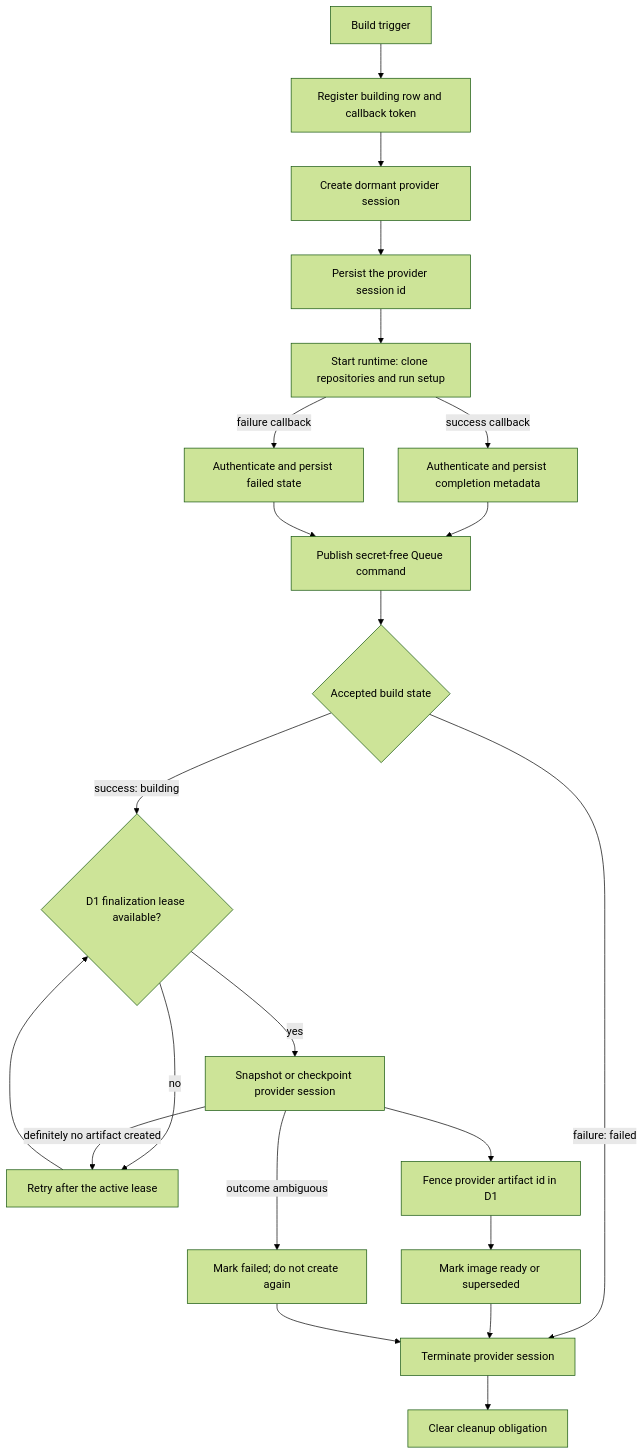
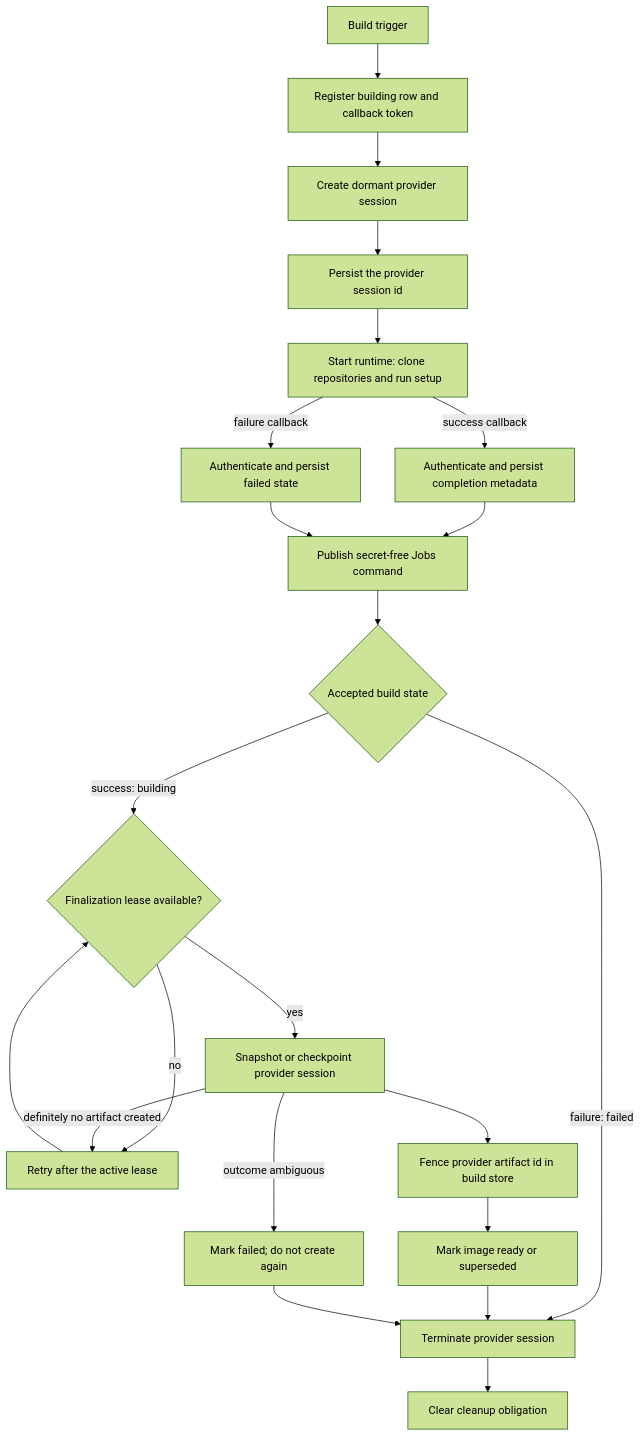
Before and after one commit to ColeMurray/background-agents: the diagram in docs/IMAGE_PREBUILD.md, drawn with Mermaid (forest theme). The commit also changed other lines of this file and 5 other files, not shown here.

````diff
--- a/docs/IMAGE_PREBUILD.md
+++ b/docs/IMAGE_PREBUILD.md
@@ -135,28 +135,28 @@
 ```mermaid
 flowchart TD
     trigger[Build trigger] --> register[Register building row and callback token]
     register --> create[Create dormant provider session]
     create --> bind[Persist the provider session id]
     bind --> run[Start runtime: clone repositories and run setup]
 
     run -->|success callback| accept[Authenticate and persist completion metadata]
     run -->|failure callback| fail[Authenticate and persist failed state]
-    accept --> publish[Publish secret-free Queue command]
+    accept --> publish[Publish secret-free Jobs command]
     fail --> publish
 
     publish --> state{Accepted build state}
-    state -->|success: building| lease{D1 finalization lease available?}
+    state -->|success: building| lease{Finalization lease available?}
     state -->|failure: failed| cleanup[Terminate provider session]
     lease -->|no| retry[Retry after the active lease]
     retry --> lease
     lease -->|yes| artifact[Snapshot or checkpoint provider session]
 
-    artifact --> fence[Fence provider artifact id in D1]
+    artifact --> fence[Fence provider artifact id in build store]
     fence --> ready[Mark image ready or superseded]
     ready --> cleanup
     cleanup --> done[Clear cleanup obligation]
 
     artifact -->|definitely no artifact created| retry
     artifact -->|outcome ambiguous| terminal[Mark failed; do not create again]
     terminal --> cleanup
 ```
````
